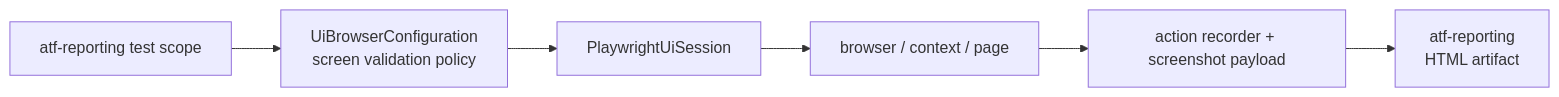
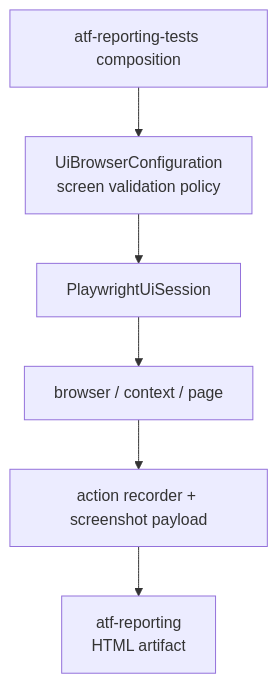
Before and after one commit to crististefanita/demo2: the diagram in atf-ui/README.md, drawn with Mermaid. The commit also changed other lines of this file and 894 other files, not shown here.

````diff
--- a/atf-ui/README.md
+++ b/atf-ui/README.md
@@ -10,8 +18,8 @@
 ```mermaid
-flowchart LR
-    Tests[atf-reporting test scope] --> Config[UiBrowserConfiguration<br/>screen validation policy]
+flowchart TB
+    Tests[atf-reporting-tests composition] --> Config[UiBrowserConfiguration<br/>screen validation policy]
     Config --> Session[PlaywrightUiSession]
     Session --> Browser[browser / context / page]
     Browser --> Evidence[action recorder + screenshot payload]
     Evidence --> Reporting[atf-reporting<br/>HTML artifact]
 ```
````
